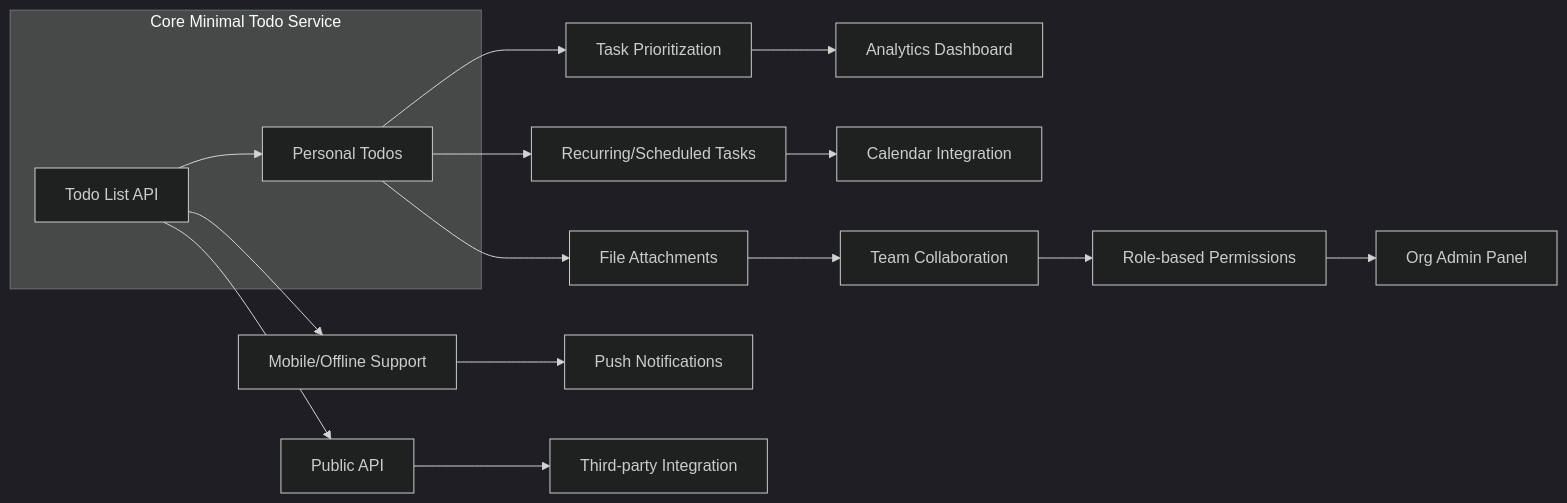
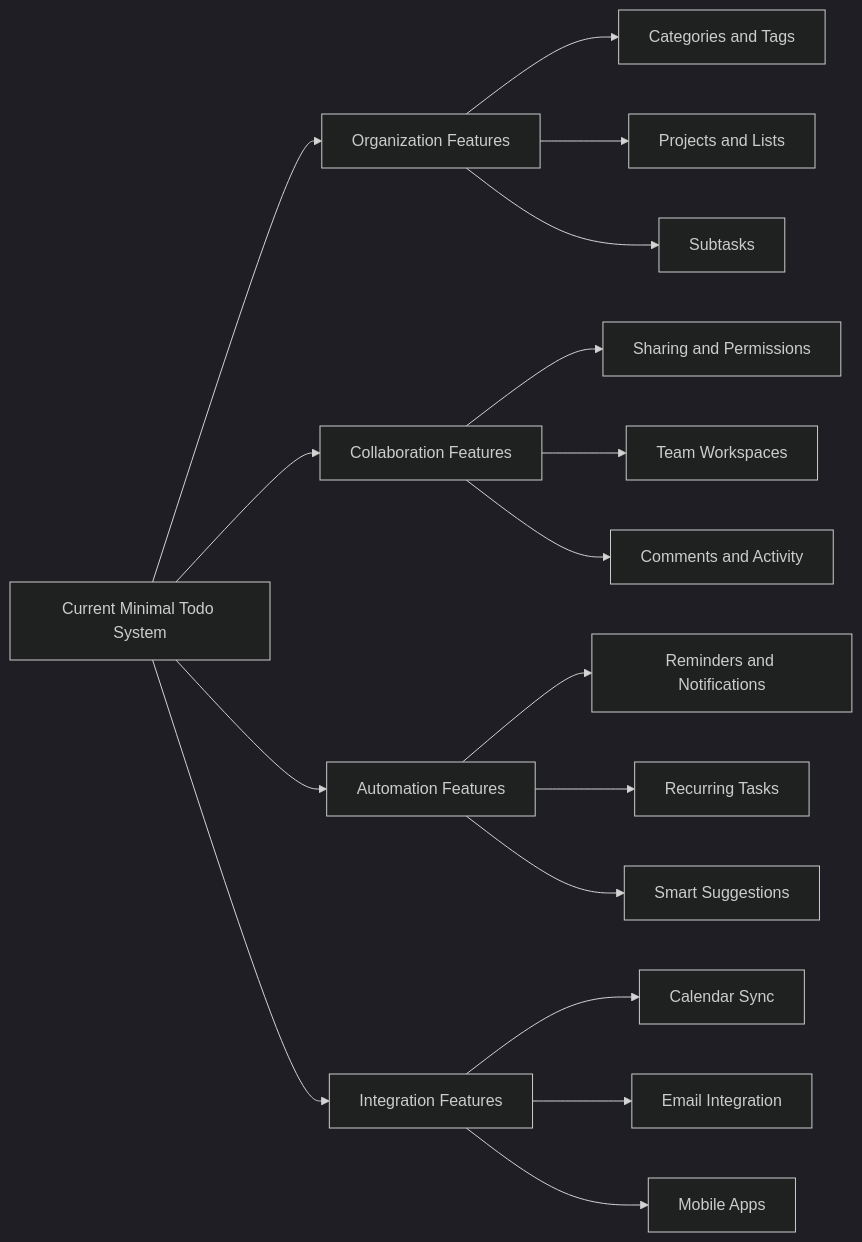
One commit to wrtnlabs/autobe-examples changed the first of 2 diagrams in anthropic/claude-sonnet-4.5/todo/docs/analysis/10-future-considerations.md. Above: the diagram before and after it, drawn with Mermaid (dark theme). The commit also changed other lines of this file and 1725 other files, not shown here.

````diff
--- a/anthropic/claude-sonnet-4.5/todo/docs/analysis/10-future-considerations.md
+++ b/anthropic/claude-sonnet-4.5/todo/docs/analysis/10-future-considerations.md
@@ -53,20 +33,23 @@
 ```mermaid
 graph LR
-  subgraph "Core Minimal Todo Service"
-    A["Todo List API"]
-    B["Personal Todos"]
-  end
-  A --> B
-  B --> C["Task Prioritization"]
-  B --> D["Recurring/Scheduled Tasks"]
-  B --> E["File Attachments"]
-  C --> F["Analytics Dashboard"]
-  D --> G["Calendar Integration"]
-  E --> H["Team Collaboration"]
-  H --> I["Role-based Permissions"]
-  I --> J["Org Admin Panel"]
-  A --> K["Mobile/Offline Support"]
-  K --> L["Push Notifications"]
-  A --> M["Public API"]
-  M --> N["Third-party Integration"]
+    A["Current Minimal Todo System"] --> B["Organization Features"]
+    A --> C["Collaboration Features"]
+    A --> D["Automation Features"]
+    A --> E["Integration Features"]
+    
+    B --> B1["Categories and Tags"]
+    B --> B2["Projects and Lists"]
+    B --> B3["Subtasks"]
+    
+    C --> C1["Sharing and Permissions"]
+    C --> C2["Team Workspaces"]
+    C --> C3["Comments and Activity"]
+    
+    D --> D1["Reminders and Notifications"]
+    D --> D2["Recurring Tasks"]
+    D --> D3["Smart Suggestions"]
+    
+    E --> E1["Calendar Sync"]
+    E --> E2["Email Integration"]
+    E --> E3["Mobile Apps"]
 ```
````
